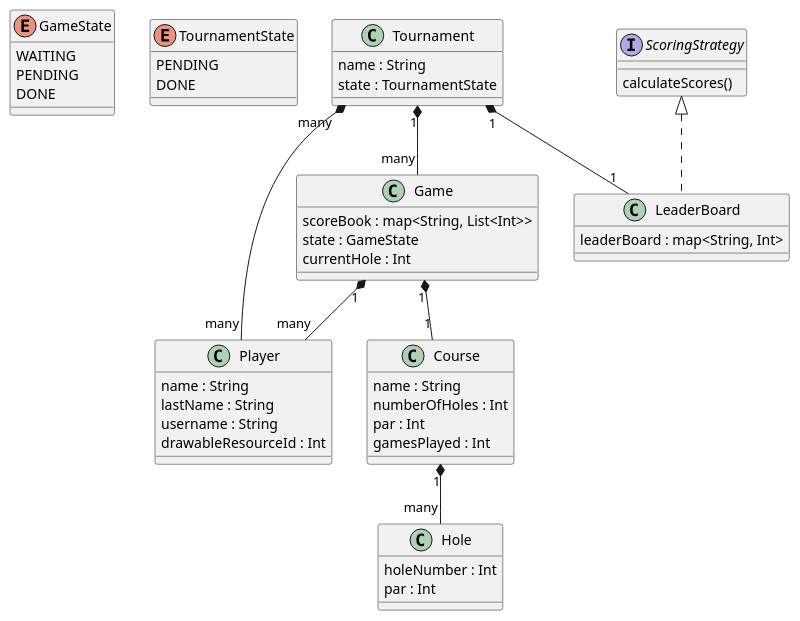
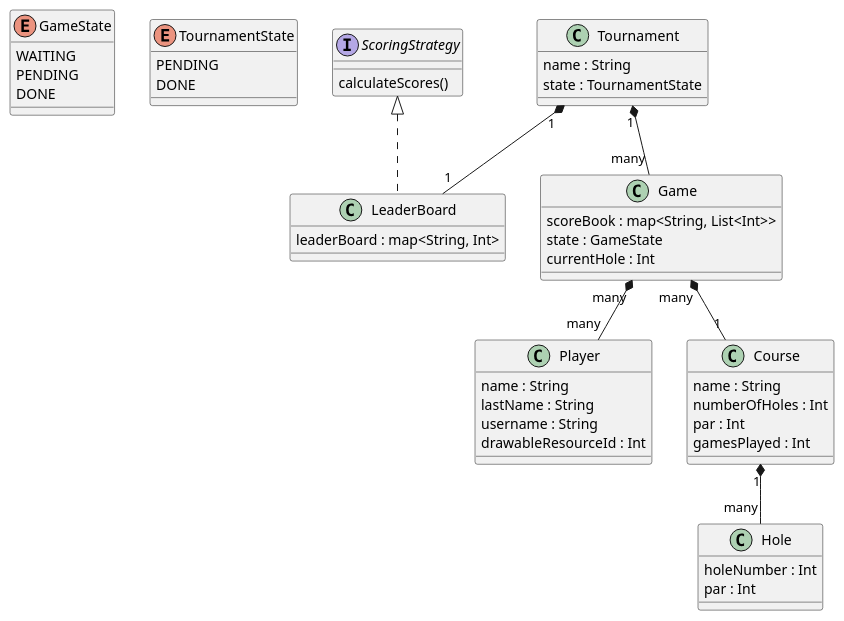
The diagram in class_diagram.puml (MindeurFou/golfbook-backend), drawn with PlantUML before and after one commit. The commit also changed 1 other file, not shown here.

Commit message:
update class diagram and add db schema

```diff
--- a/class_diagram.puml
+++ b/class_diagram.puml
@@ -1,62 +1,61 @@
 @startuml
 'https://plantuml.com/class-diagram
 
 enum GameState {
     WAITING
     PENDING
     DONE
 }
 
 enum TournamentState {
     PENDING
     DONE
 }
 
 class Player {
     name : String
     lastName : String
     username : String
     drawableResourceId : Int
 }
 
 interface ScoringStrategy {
     calculateScores()
 }
 
 class LeaderBoard {
     leaderBoard : map<String, Int>
 }
 
 class Tournament {
     name : String
     state : TournamentState
 }
 
 class Game {
     scoreBook : map<String, List<Int>>
     state : GameState
     currentHole : Int
 }
 
 class Course {
     name : String
     numberOfHoles : Int
     par : Int
     gamesPlayed : Int
 }
 
 class Hole {
     holeNumber : Int
     par : Int
 }
 
 Course "1" *-- "many" Hole
-Game "1" *-- "many" Player
-Game "1" *-- "1" Course
+Game "many" *-- "many" Player
+Game "many" *-- "1" Course
 Tournament "1" *-- "many" Game
-Tournament "many" *-- "many" Player
 Tournament "1" *-- "1" LeaderBoard
 ScoringStrategy <|.. LeaderBoard
 
 
 @enduml
```
